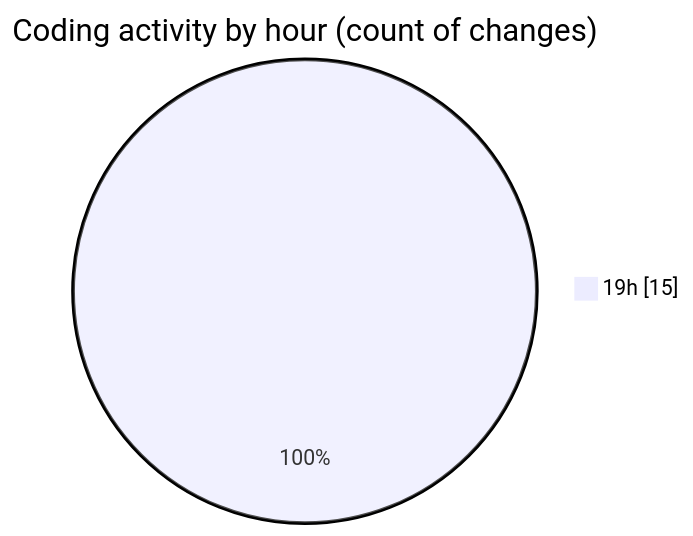
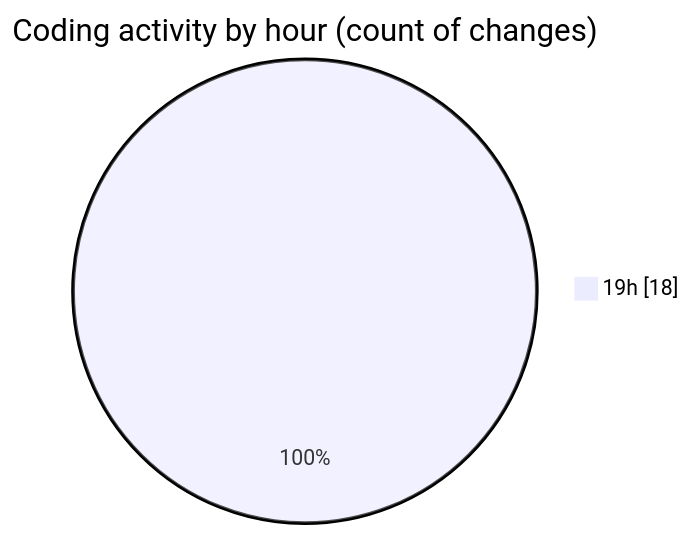
One commit to Elitesun/code-tracking changed the second of 2 diagrams in 2025-02-05/react_ecom/README.md. Above: the diagram before and after it, drawn with Mermaid. The commit also changed other lines of this file and 1 other file, not shown here.

````diff
--- a/2025-02-05/react_ecom/README.md
+++ b/2025-02-05/react_ecom/README.md
@@ -31,5 +35,5 @@
 ```mermaid
 pie showData
 title Coding activity by hour (count of changes)
-"19h" : 15
+"19h" : 18
 ```
````
